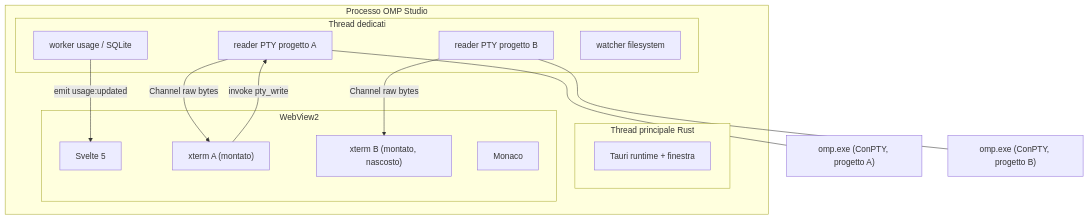
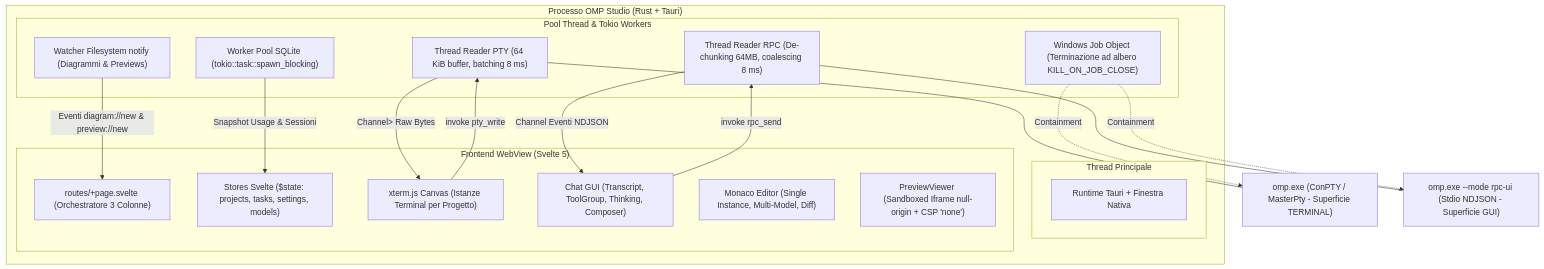
Before and after one commit to Bodyes26/OMP-Studio: the first of 2 diagrams in docs/ARCHITECTURE.md, drawn with Mermaid. The commit also changed other lines of this file and 60 other files, not shown here.

````diff
--- a/docs/ARCHITECTURE.md
+++ b/docs/ARCHITECTURE.md
@@ -43,28 +43,39 @@
 ```mermaid
 graph TB
-  subgraph Processo["Processo OMP Studio"]
-    subgraph Main["Thread principale Rust"]
-      TAURI["Tauri runtime + finestra"]
+  subgraph Processo["Processo OMP Studio (Rust + Tauri)"]
+    subgraph Main["Thread Principale"]
+      TAURI["Runtime Tauri + Finestra Nativa"]
     end
-    subgraph Pool["Thread dedicati"]
-      RD1["reader PTY progetto A"]
-      RD2["reader PTY progetto B"]
-      WK["worker usage / SQLite"]
-      FSW["watcher filesystem"]
+    subgraph Pool["Pool Thread & Tokio Workers"]
+      PTY_RD["Thread Reader PTY (64 KiB buffer, batching 8 ms)"]
+      RPC_RD["Thread Reader RPC (De-chunking 64MB, coalescing 8 ms)"]
+      SQL_POOL["Worker Pool SQLite (tokio::task::spawn_blocking)"]
+      FS_WATCH["Watcher Filesystem notify (Diagrammi & Previews)"]
+      JOB_WIN["Windows Job Object (Terminazione ad albero KILL_ON_JOB_CLOSE)"]
     end
-    subgraph WV["WebView2"]
-      SV["Svelte 5"]
-      XT1["xterm A (montato)"]
-      XT2["xterm B (montato, nascosto)"]
-      MON["Monaco"]
+    subgraph WV["Frontend WebView (Svelte 5)"]
+      PAGE["routes/+page.svelte (Orchestratore 3 Colonne)"]
+      STORES["Stores Svelte ($state: projects, tasks, settings, models)"]
+      XT["xterm.js Canvas (Istanze Terminal per Progetto)"]
+      CHAT["Chat GUI (Transcript, ToolGroup, Thinking, Composer)"]
+      MON["Monaco Editor (Single Instance, Multi-Model, Diff)"]
+      PREV["PreviewViewer (Sandboxed Iframe null-origin + CSP 'none')"]
     end
   end
-  OMPA["omp.exe (ConPTY, progetto A)"]
-  OMPB["omp.exe (ConPTY, progetto B)"]
-  RD1 -->|"Channel raw bytes"| XT1
-  RD2 -->|"Channel raw bytes"| XT2
-  XT1 -->|"invoke pty_write"| RD1
-  RD1 --- OMPA
-  RD2 --- OMPB
-  WK -->|"emit usage:updated"| SV
+
+  OMP_PTY["omp.exe (ConPTY / MasterPty - Superficie TERMINAL)"]
+  OMP_RPC["omp.exe --mode rpc-ui (Stdio NDJSON - Superficie GUI)"]
+
+  PTY_RD -->|"Channel<Vec<u8>> Raw Bytes"| XT
+  XT -->|"invoke pty_write"| PTY_RD
+  PTY_RD --- OMP_PTY
+  JOB_WIN -.->|"Containment"| OMP_PTY
+
+  RPC_RD -->|"Channel<String> Eventi NDJSON"| CHAT
+  CHAT -->|"invoke rpc_send"| RPC_RD
+  RPC_RD --- OMP_RPC
+  JOB_WIN -.->|"Containment"| OMP_RPC
+
+  SQL_POOL -->|"Snapshot Usage & Sessioni"| STORES
+  FS_WATCH -->|"Eventi diagram://new & preview://new"| PAGE
 ```
````
